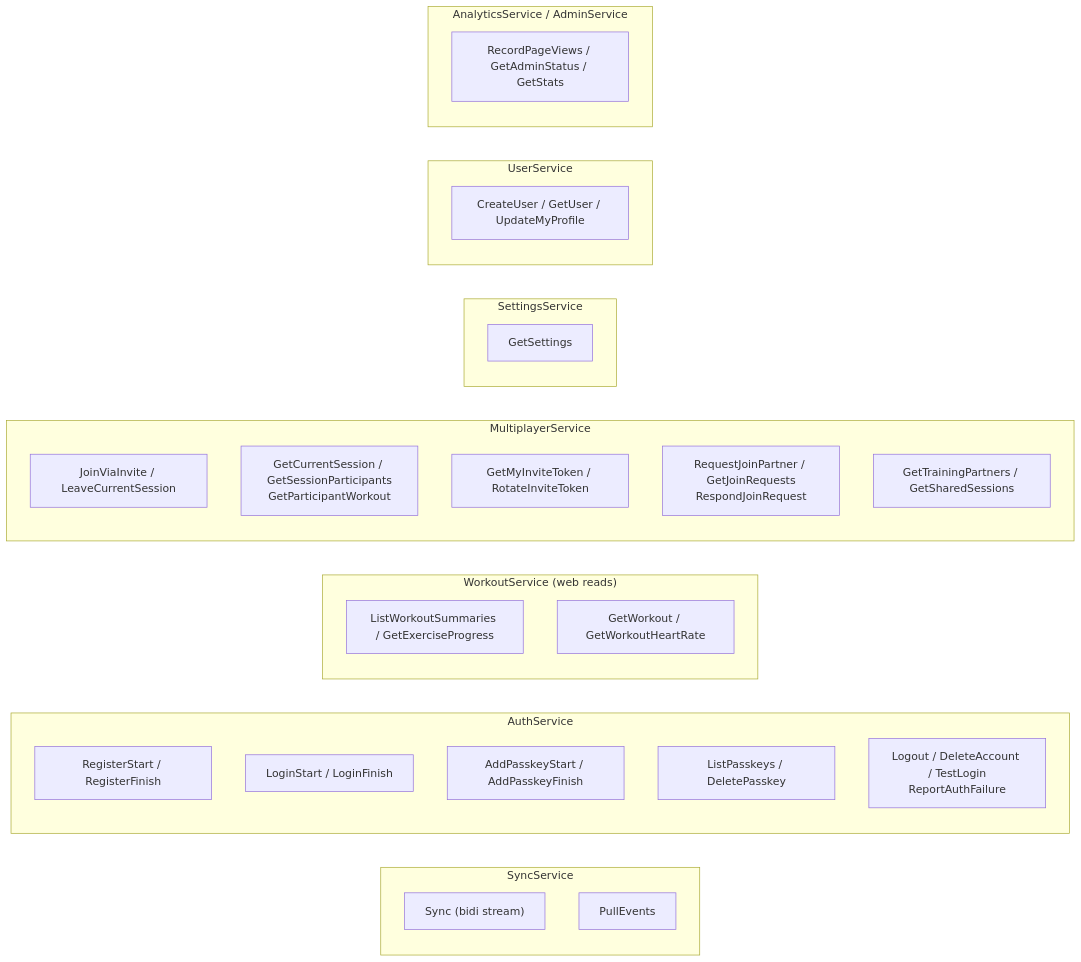
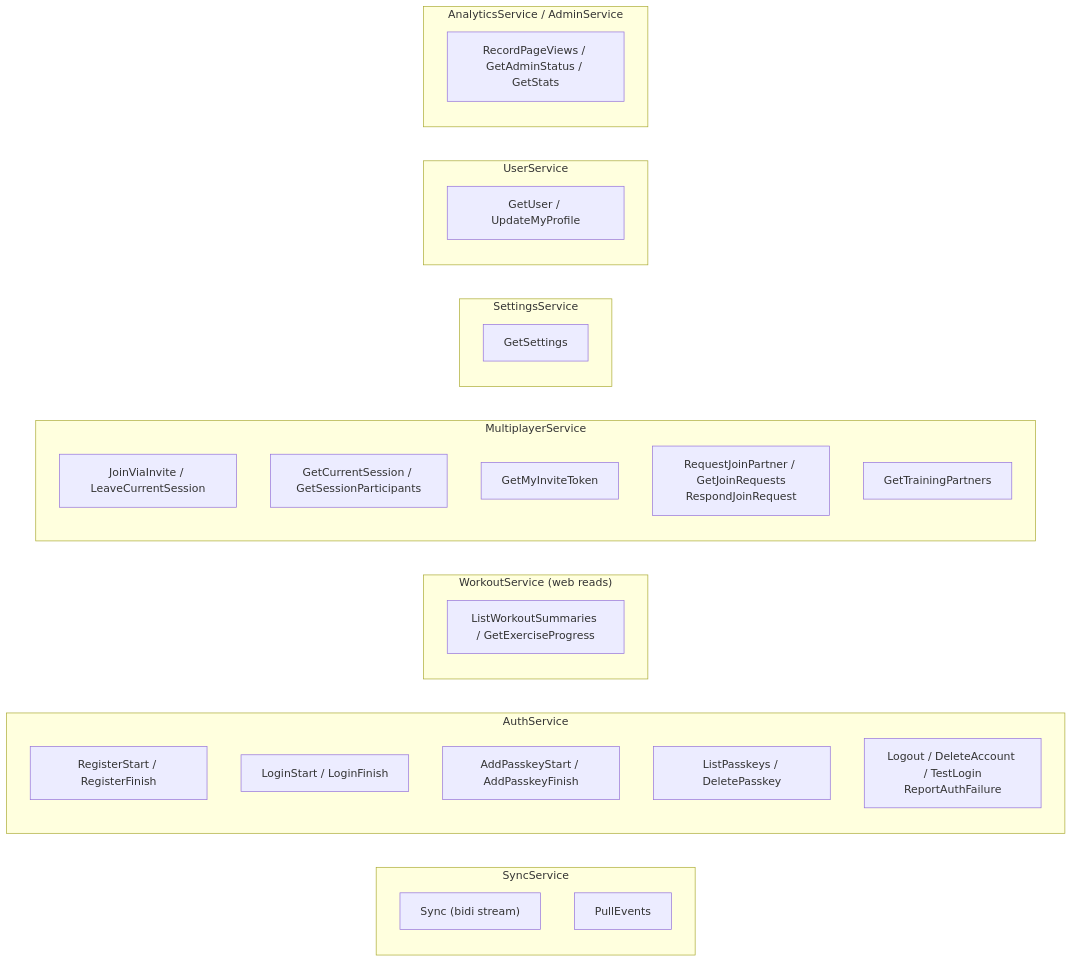
The third of 3 diagrams in docs/architecture/backend.md (brensch/lift), drawn with Mermaid before and after one commit. The commit also changed other lines of this file and 199 other files, not shown here.

````diff
--- a/docs/architecture/backend.md
+++ b/docs/architecture/backend.md
@@ -153,34 +153,33 @@
 ```mermaid
 graph LR
     subgraph "SyncService"
         y1["Sync (bidi stream)"]
         y2["PullEvents"]
     end
     subgraph "AuthService"
         a1["RegisterStart / RegisterFinish"]
         a2["LoginStart / LoginFinish"]
         a3["AddPasskeyStart / AddPasskeyFinish"]
         a4["ListPasskeys / DeletePasskey"]
         a5["Logout / DeleteAccount / TestLogin<br/>ReportAuthFailure"]
     end
     subgraph "WorkoutService (web reads)"
         w1["ListWorkoutSummaries / GetExerciseProgress"]
-        w2["GetWorkout / GetWorkoutHeartRate"]
     end
     subgraph "MultiplayerService"
         m1["JoinViaInvite / LeaveCurrentSession"]
-        m2["GetCurrentSession / GetSessionParticipants<br/>GetParticipantWorkout"]
-        m3["GetMyInviteToken / RotateInviteToken"]
+        m2["GetCurrentSession / GetSessionParticipants"]
+        m3["GetMyInviteToken"]
         m4["RequestJoinPartner / GetJoinRequests<br/>RespondJoinRequest"]
-        m5["GetTrainingPartners / GetSharedSessions"]
+        m5["GetTrainingPartners"]
     end
     subgraph "SettingsService"
         s1["GetSettings"]
     end
     subgraph "UserService"
-        u1["CreateUser / GetUser / UpdateMyProfile"]
+        u1["GetUser / UpdateMyProfile"]
     end
     subgraph "AnalyticsService / AdminService"
         x1["RecordPageViews / GetAdminStatus / GetStats"]
     end
 ```
````
